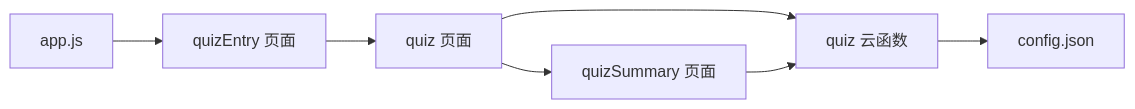
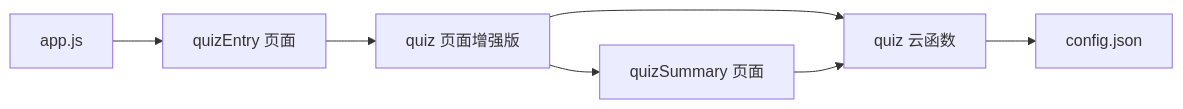
Before and after one commit to cwb7756/bio: diagram 13 of 13 in .qoder/repowiki/zh/content/核心功能模块/测验系统/测验系统.md, drawn with Mermaid. The commit also changed other lines of this file and 45 other files, not shown here.

````diff
--- a/.qoder/repowiki/zh/content/核心功能模块/测验系统/测验系统.md
+++ b/.qoder/repowiki/zh/content/核心功能模块/测验系统/测验系统.md
@@ -445,9 +479,9 @@
 ```mermaid
 graph LR
 App["app.js"] --> QuizEntry["quizEntry 页面"]
-QuizEntry --> QuizPage["quiz 页面"]
+QuizEntry --> QuizPage["quiz 页面增强版"]
 QuizPage --> SummaryPage["quizSummary 页面"]
 QuizPage --> QuizCF["quiz 云函数"]
 SummaryPage --> QuizCF
 QuizCF --> Config["config.json"]
 ```
````
